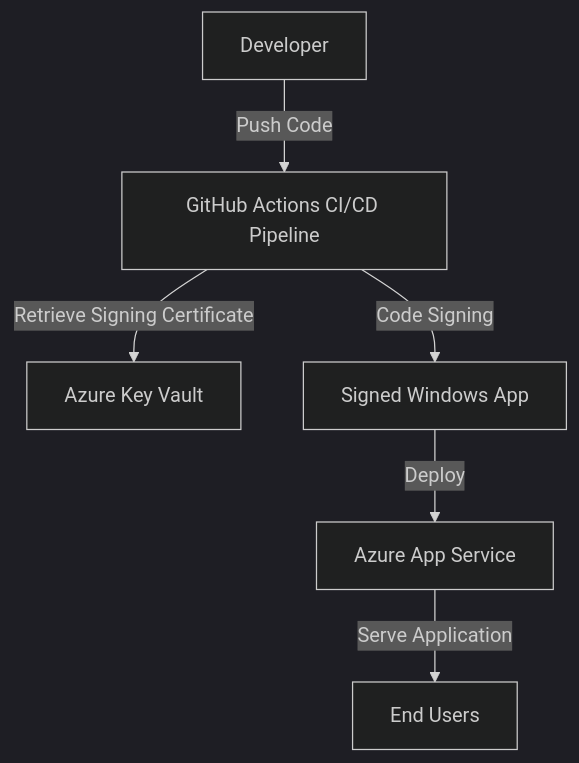
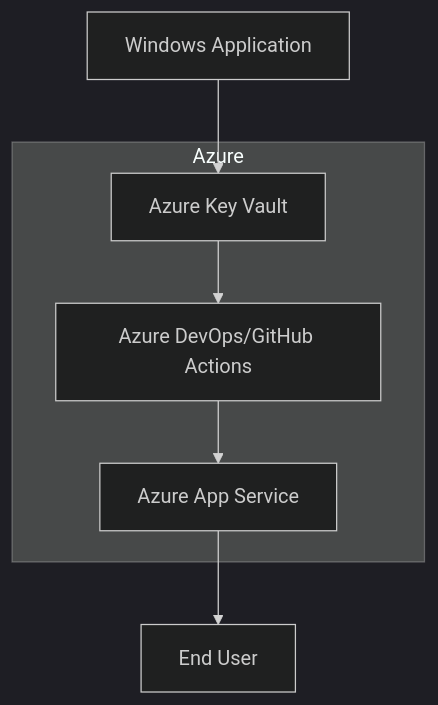
Before and after one commit to seligj95/sample-best-practices-ensuring-security-with-azure-app-servi: the diagram in README.md, drawn with Mermaid (dark theme). The commit also changed other lines of this file, not shown here.

````diff
--- a/README.md
+++ b/README.md
@@ -7,8 +7,9 @@
 ```mermaid
 graph TD
-    A[Developer] -->|Push Code| B[GitHub Actions CI/CD Pipeline]
-    B -->|Retrieve Signing Certificate| C[Azure Key Vault]
-    B -->|Code Signing| D[Signed Windows App]
-    D -->|Deploy| E[Azure App Service]
-    E -->|Serve Application| F[End Users]
+    subgraph Azure
+        A[Azure Key Vault] --> B[Azure DevOps/GitHub Actions]
+        B --> C[Azure App Service]
+    end
+    D[Windows Application] --> A
+    C --> E[End User]
 ```
````
